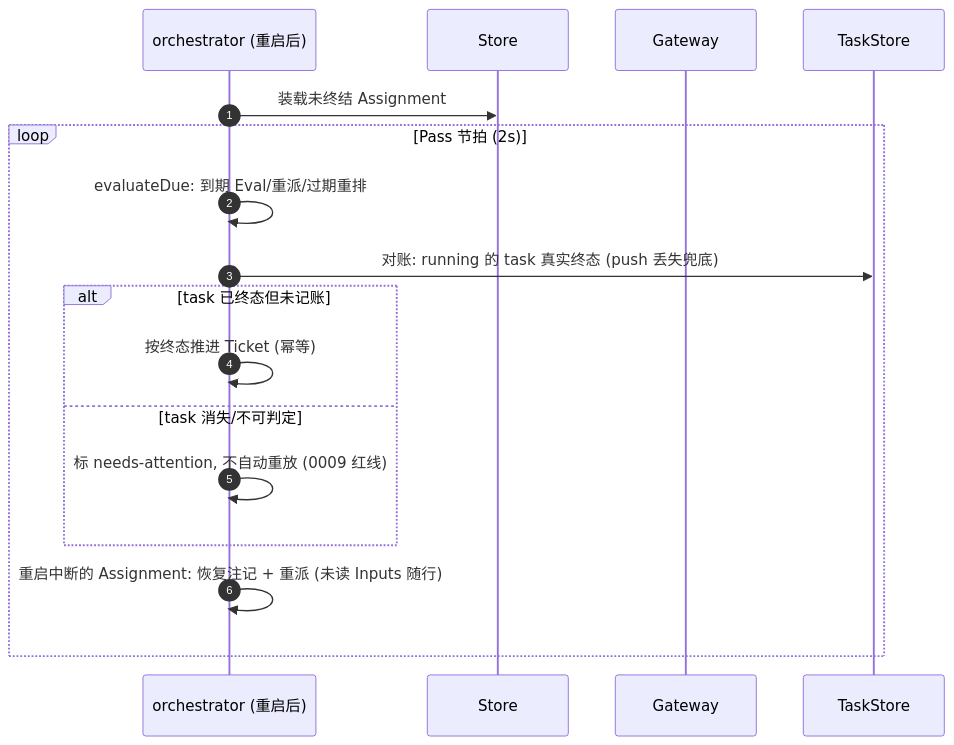
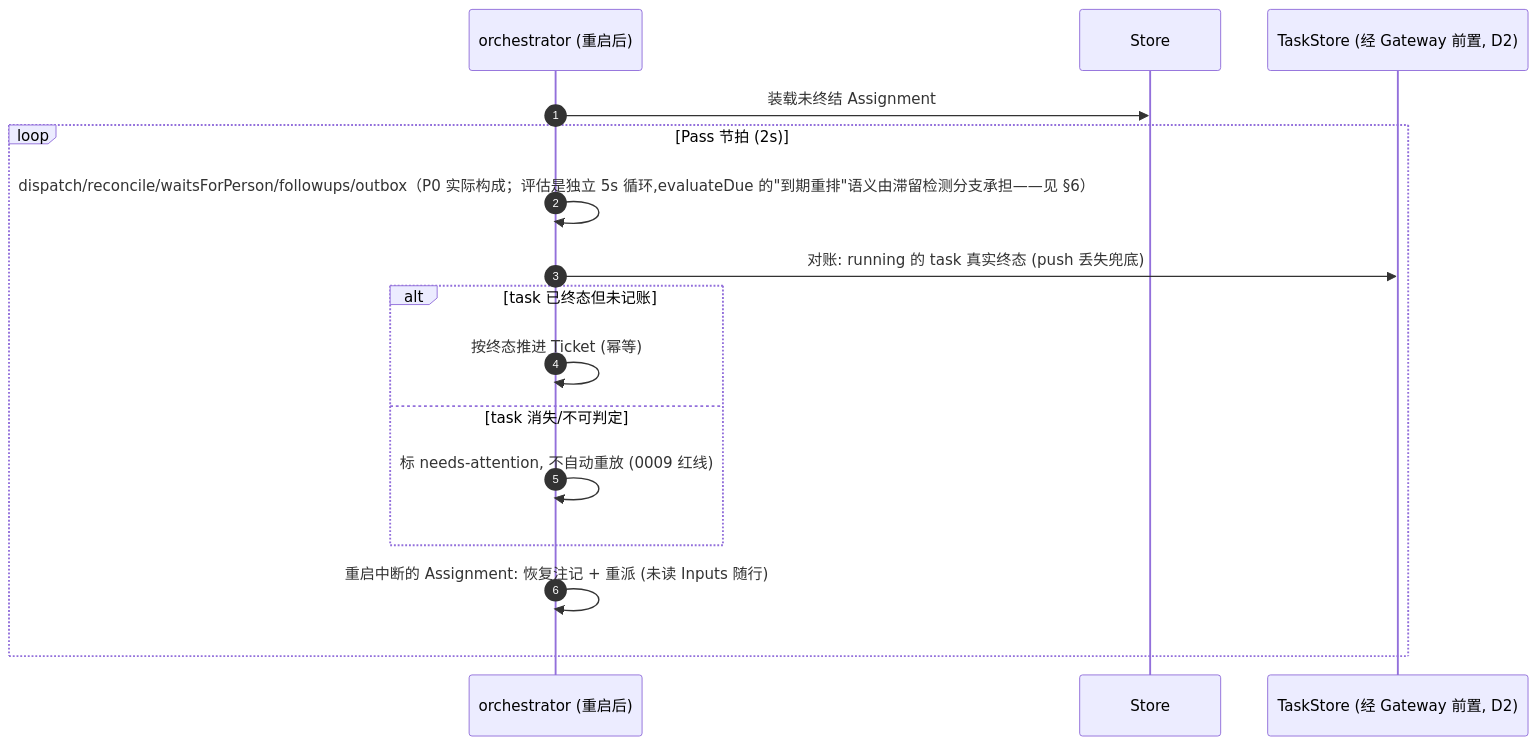
The fourth of 4 diagrams in docs/designs/0001-superagent-on-kagent-编排层设计.md (jerry-jibu/kagent), drawn with Mermaid before and after one commit. The commit also changed other lines of this file and 3 other files, not shown here.

````diff
--- a/docs/designs/0001-superagent-on-kagent-编排层设计.md
+++ b/docs/designs/0001-superagent-on-kagent-编排层设计.md
@@ -175,20 +193,19 @@
 ```mermaid
 sequenceDiagram
     autonumber
     participant O as orchestrator (重启后)
     participant ST as Store
-    participant GW as Gateway
-    participant TS as TaskStore
+    participant TS as TaskStore (经 Gateway 前置, D2)
 
     O->>ST: 装载未终结 Assignment
     loop Pass 节拍 (2s)
-        O->>O: evaluateDue: 到期 Eval/重派/过期重排
+        O->>O: dispatch/reconcile/waitsForPerson/followups/outbox（P0 实际构成；评估是独立 5s 循环,evaluateDue 的"到期重排"语义由滞留检测分支承担——见 §6）
         O->>TS: 对账: running 的 task 真实终态 (push 丢失兜底)
         alt task 已终态但未记账
             O->>O: 按终态推进 Ticket (幂等)
         else task 消失/不可判定
             O->>O: 标 needs-attention, 不自动重放 (0009 红线)
         end
         O->>O: 重启中断的 Assignment: 恢复注记 + 重派 (未读 Inputs 随行)
     end
 ```
````
